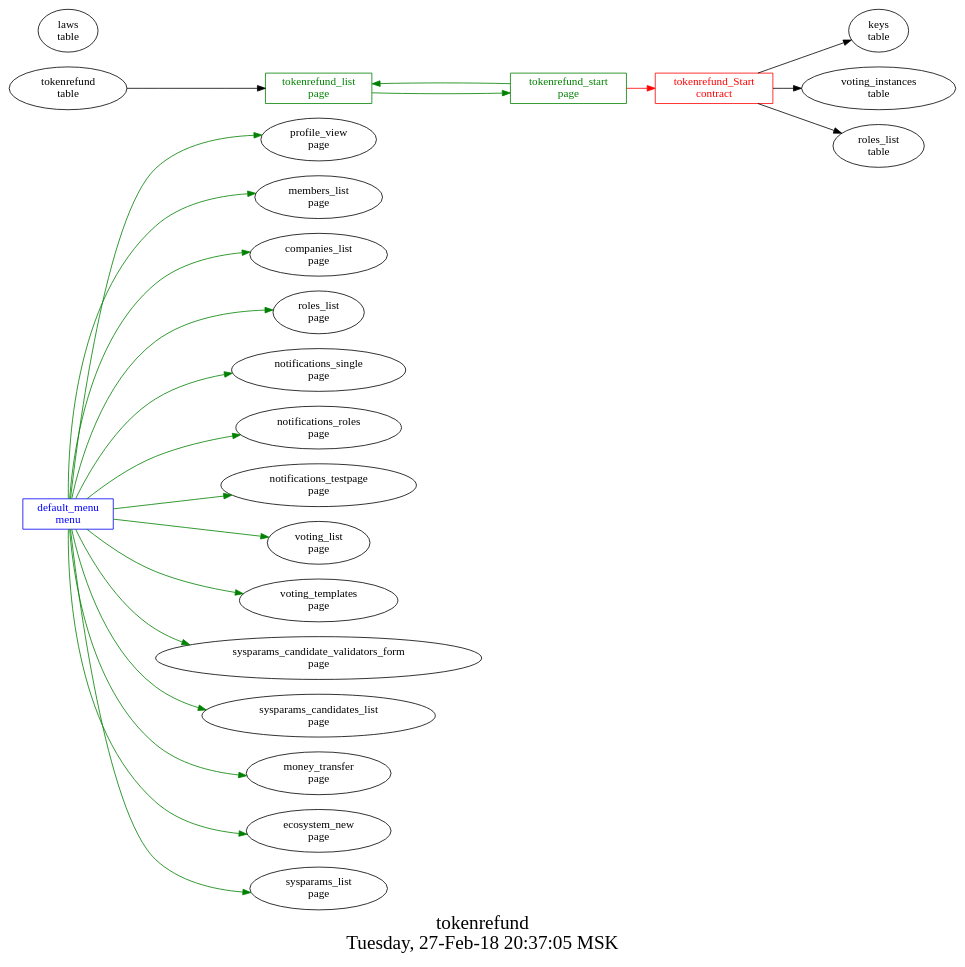
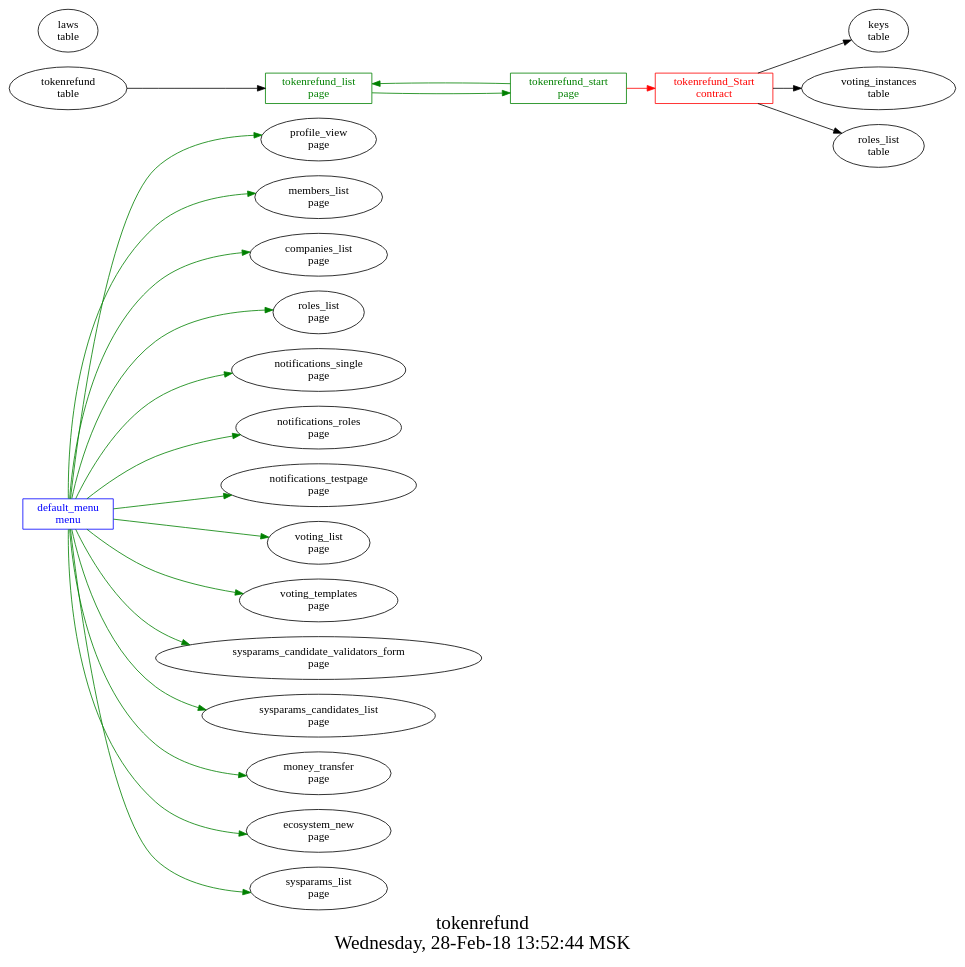
Before and after one commit to AplaProject/apps: the diagram in src/tokenrefund/struct.dot, drawn with Graphviz. The commit also changed 3 other files, not shown here.

```diff
--- a/src/tokenrefund/struct.dot
+++ b/src/tokenrefund/struct.dot
@@ -1,37 +1,37 @@
 digraph G {
 graph [
   fontsize="24";
-  label="tokenrefund\nTuesday, 27-Feb-18 20:37:05 MSK";
+  label="tokenrefund\nWednesday, 28-Feb-18 13:52:44 MSK";
   nojustify=true;
   ordering=out;
   rankdir=LR;
   size="30";
 ];
 "default_menu\nmenu" -> "profile_view\npage"  [ color=green ]
 "default_menu\nmenu" -> "members_list\npage"  [ color=green ]
 "default_menu\nmenu" -> "companies_list\npage"  [ color=green ]
 "default_menu\nmenu" -> "roles_list\npage"  [ color=green ]
 "default_menu\nmenu" -> "notifications_single\npage"  [ color=green ]
 "default_menu\nmenu" -> "notifications_roles\npage"  [ color=green ]
 "default_menu\nmenu" -> "notifications_testpage\npage"  [ color=green ]
 "default_menu\nmenu" -> "voting_list\npage"  [ color=green ]
 "default_menu\nmenu" -> "voting_templates\npage"  [ color=green ]
 "default_menu\nmenu" -> "sysparams_candidate_validators_form\npage"  [ color=green ]
 "default_menu\nmenu" -> "sysparams_candidates_list\npage"  [ color=green ]
 "default_menu\nmenu" -> "money_transfer\npage"  [ color=green ]
 "default_menu\nmenu" -> "ecosystem_new\npage"  [ color=green ]
 "default_menu\nmenu" -> "sysparams_list\npage"  [ color=green ]
 "default_menu\nmenu" [color=blue, fontcolor=blue, group=menus, shape=record];
 "tokenrefund\ntable" -> "tokenrefund_list\npage"  [ color="" ]
 "tokenrefund_list\npage" -> "tokenrefund_start\npage"  [ color=green ]
 "tokenrefund_list\npage" [color=green, fontcolor=green, group=pages, shape=record];
 "tokenrefund_start\npage" -> "tokenrefund_Start\ncontract"  [ color=red ]
 "tokenrefund_start\npage" -> "tokenrefund_list\npage"  [ color=green ]
 "tokenrefund_start\npage" [color=green, fontcolor=green, group=pages, shape=record];
 "tokenrefund_Start\ncontract" -> "keys\ntable"  [ color="" ]
 "tokenrefund_Start\ncontract" -> "voting_instances\ntable"  [ color="" ]
 "tokenrefund_Start\ncontract" -> "roles_list\ntable"  [ color="" ]
 "tokenrefund_Start\ncontract" [color=red, fontcolor=red, group=contracts, shape=record];
 "laws\ntable" [color="", fontcolor="", group=tables, shape=""];
 "tokenrefund\ntable" [color="", fontcolor="", group=tables, shape=""];
 }
```
